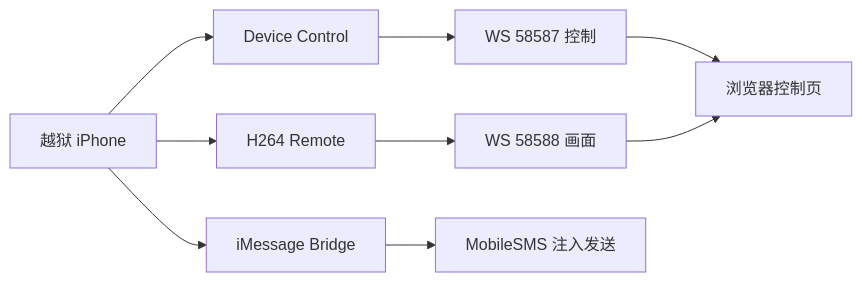
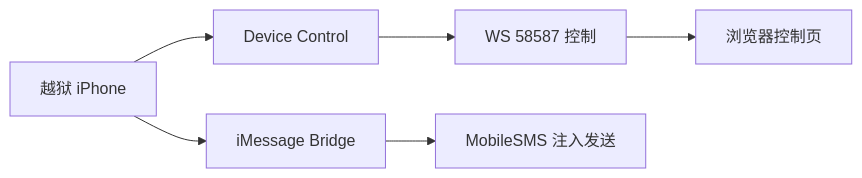
Before and after one commit to 52777fb/ios-remote-control: the diagram in README.md, drawn with Mermaid. The commit also changed other lines of this file, not shown here.

Commit message:
Sync release repo: README.md

````diff
--- a/README.md
+++ b/README.md
@@ -41,11 +37,8 @@
 ```mermaid
 flowchart LR
   A["越狱 iPhone"] --> B["Device Control"]
-  A --> C["H264 Remote"]
-  A --> D["iMessage Bridge"]
-  B --> E["WS 58587 控制"]
-  C --> F["WS 58588 画面"]
-  D --> G["MobileSMS 注入发送"]
-  E --> H["浏览器控制页"]
-  F --> H
+  A --> C["iMessage Bridge"]
+  B --> D["WS 58587 控制"]
+  C --> E["MobileSMS 注入发送"]
+  D --> F["浏览器控制页"]
 ```
````
